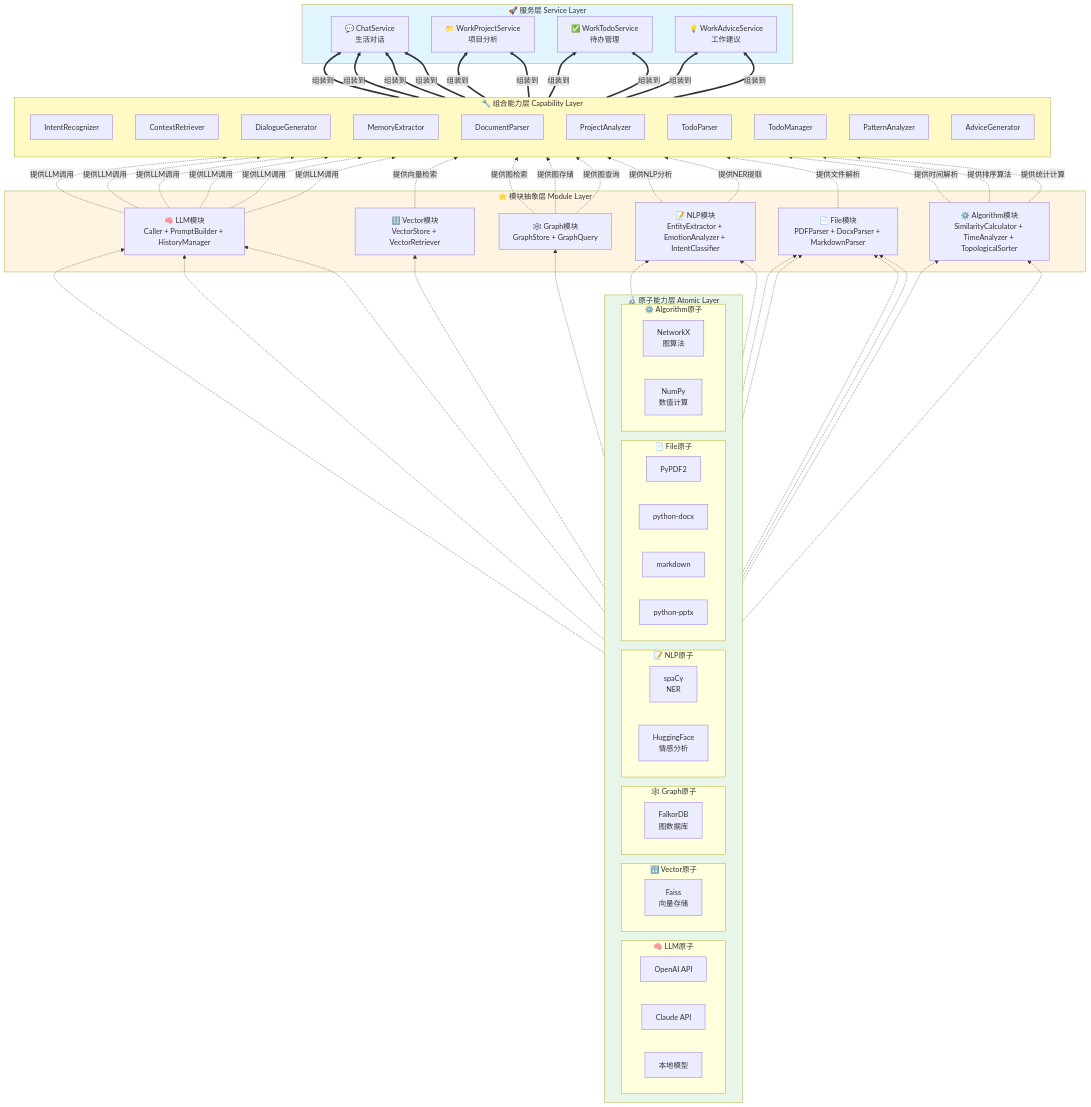
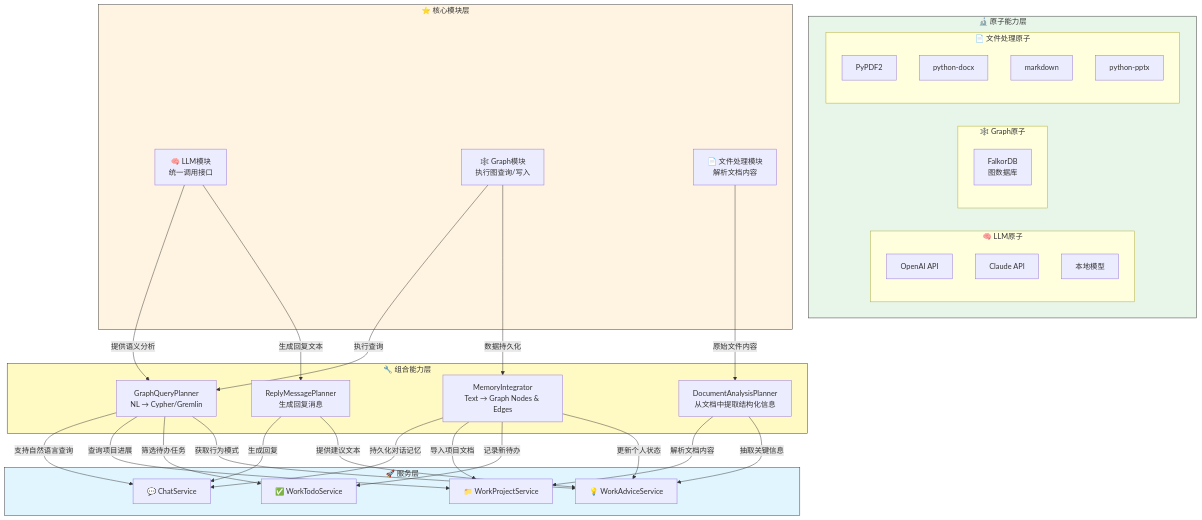
One commit to kailiangenn/another-me changed the first of 13 diagrams in ame-doc/architecture.md. Above: the diagram before and after it, drawn with Mermaid. The commit also changed 4 other files, not shown here.

Commit message:
bug-fix: 修复ame graph 部分

````diff
--- a/ame-doc/architecture.md
+++ b/ame-doc/architecture.md
@@ -99,6 +99,7 @@
 ```mermaid
-graph BT
-    subgraph Atomic["🔬 原子能力层 Atomic Layer"]
+%%{init: {'theme': 'default'}}%%
+graph TD
+    subgraph Atomic["🔬 原子能力层"]
         direction LR
         
         subgraph LLM_Atomic["🧠 LLM原子"]
@@ -107,120 +108,70 @@
             Local["本地模型"]
         end
         
-        subgraph Vector_Atomic["🔢 Vector原子"]
-            Faiss["Faiss<br/>向量存储"]
-        end
-        
         subgraph Graph_Atomic["🕸️ Graph原子"]
             Falkor["FalkorDB<br/>图数据库"]
         end
         
-        subgraph NLP_Atomic["📝 NLP原子"]
-            spaCy["spaCy<br/>NER"]
-            HF["HuggingFace<br/>情感分析"]
-        end
-        
-        subgraph File_Atomic["📄 File原子"]
+        subgraph File_Atomic["📄 文件处理原子"]
             PyPDF["PyPDF2"]
             Docx["python-docx"]
             MD["markdown"]
             PPT["python-pptx"]
         end
-        
-        subgraph Algo_Atomic["⚙️ Algorithm原子"]
-            NX["NetworkX<br/>图算法"]
-            NP["NumPy<br/>数值计算"]
-        end
     end
-    
-    subgraph Module["⭐ 模块抽象层 Module Layer"]
-        LLM["🧠 LLM模块<br/>Caller + PromptBuilder + HistoryManager"]
-        Vector["🔢 Vector模块<br/>VectorStore + VectorRetriever"]
-        Graph["🕸️ Graph模块<br/>GraphStore + GraphQuery"]
-        NLP["📝 NLP模块<br/>EntityExtractor + EmotionAnalyzer + IntentClassifier"]
-        File["📄 File模块<br/>PDFParser + DocxParser + MarkdownParser"]
-        Algorithm["⚙️ Algorithm模块<br/>SimilarityCalculator + TimeAnalyzer + TopologicalSorter"]
+
+    subgraph Module["⭐ 核心模块层"]
+        LLM["🧠 LLM模块<br/>统一调用接口"]
+        Graph["🕸️ Graph模块<br/>执行图查询/写入"]
+        File["📄 文件处理模块<br/>解析文档内容"]
     end
-    
-    subgraph Capability["🔧 组合能力层 Capability Layer"]
-        direction TB
-        IR[IntentRecognizer]
-        CR[ContextRetriever]
-        DG[DialogueGenerator]
-        ME[MemoryExtractor]
-        DP[DocumentParser]
-        PA[ProjectAnalyzer]
-        TP[TodoParser]
-        TM[TodoManager]
-        PtA[PatternAnalyzer]
-        AG[AdviceGenerator]
+
+    subgraph Capability["🔧 组合能力层"]
+        GQP["GraphQueryPlanner<br/>NL → Cypher/Gremlin"]
+        MI["MemoryIntegrator<br/>Text → Graph Nodes & Edges"]
+        DAP["DocumentAnalysisPlanner<br/>从文档中提取结构化信息"]
+        RMP["ReplyMessagePlanner<br/>生成回复消息"]
     end
-    
-    subgraph Service["🚀 服务层 Service Layer"]
-        CS["💬 ChatService<br/>生活对话"]
-        WPS["📁 WorkProjectService<br/>项目分析"]
-        WTS["✅ WorkTodoService<br/>待办管理"]
-        WAS["💡 WorkAdviceService<br/>工作建议"]
+
+    subgraph Service["🚀 服务层"]
+        CS["💬 ChatService"]
+        WPS["📁 WorkProjectService"]
+        WTS["✅ WorkTodoService"]
+        WAS["💡 WorkAdviceService"]
     end
-    
-    %% 原子层向模块层提供实现
-    OAI -.-> LLM
-    Claude -.-> LLM
-    Local -.-> LLM
-    
-    Faiss -.-> Vector
-    Falkor -.-> Graph
-    
-    spaCy -.-> NLP
-    HF -.-> NLP
-    
-    PyPDF -.-> File
-    Docx -.-> File
-    MD -.-> File
-    PPT -.-> File
-    
-    NX -.-> Algorithm
-    NP -.-> Algorithm
-    
-    %% 模块层向组合层提供能力
-    LLM -.->|提供LLM调用| IR
-    LLM -.->|提供LLM调用| DG
-    LLM -.->|提供LLM调用| ME
-    LLM -.->|提供LLM调用| PA
-    LLM -.->|提供LLM调用| TP
-    LLM -.->|提供LLM调用| AG
-    
-    Vector -.->|提供向量检索| CR
-    Graph -.->|提供图检索| CR
-    Graph -.->|提供图存储| TM
-    Graph -.->|提供图查询| PtA
-    
-    NLP -.->|提供NLP分析| ME
-    NLP -.->|提供NER提取| PA
-    
-    File -.->|提供文件解析| DP
-    
-    Algorithm -.->|提供时间解析| TP
-    Algorithm -.->|提供排序算法| TM
-    Algorithm -.->|提供统计计算| PtA
-    
-    %% 组合层向服务层提供能力
-    IR ==>|组装到| CS
-    CR ==>|组装到| CS
-    DG ==>|组装到| CS
-    ME ==>|组装到| CS
-    
-    DP ==>|组装到| WPS
-    PA ==>|组装到| WPS
-    
-    TP ==>|组装到| WTS
-    TM ==>|组装到| WTS
-    
-    PtA ==>|组装到| WAS
-    AG ==>|组装到| WAS
-    
-    style Atomic fill:#e8f5e9
-    style Module fill:#fff4e1
-    style Capability fill:#fff9c4
-    style Service fill:#e1f5fe
+
+    %% 模块 -> 组合能力
+    LLM -->|提供语义分析| GQP
+    LLM -->|生成回复文本| RMP
+    Graph -->|执行查询| GQP
+    Graph -->|数据持久化| MI
+    File -->|原始文件内容| DAP
+
+    %% 组合能力 -> 服务
+    GQP -->|支持自然语言查询| CS
+    GQP -->|查询项目进展| WPS
+    GQP -->|筛选待办任务| WTS
+    GQP -->|获取行为模式| WAS
+
+    MI -->|持久化对话记忆| CS
+    MI -->|导入项目文档| WPS
+    MI -->|记录新待办| WTS
+    MI -->|更新个人状态| WAS
+
+    DAP -->|解析文档内容| WPS
+    DAP -->|抽取关键信息| WAS
+
+    RMP -->|生成回复| CS
+    RMP -->|提供建议文本| WAS
+
+    classDef atomic fill:#e8f5e9,stroke:#333;
+    classDef module fill:#fff4e1,stroke:#333;
+    classDef capability fill:#fff9c4,stroke:#333;
+    classDef service fill:#e1f5fe,stroke:#333;
+
+    class Atomic atomic
+    class Module module
+    class Capability capability
+    class Service service
+
 ```
````
